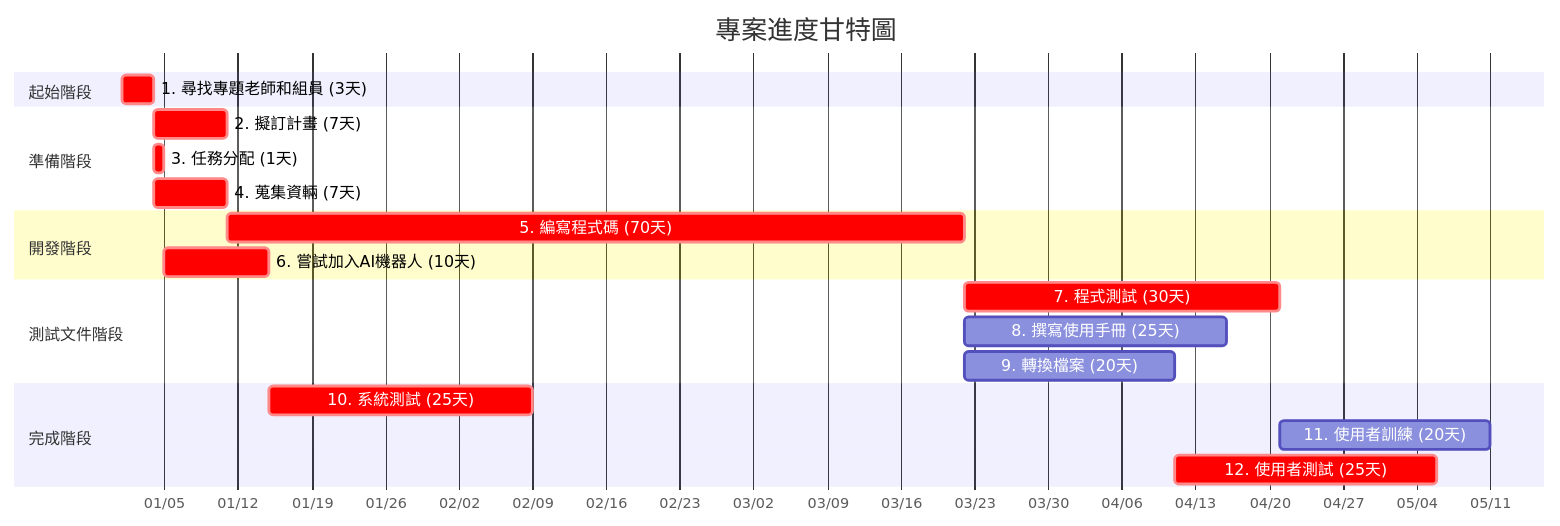
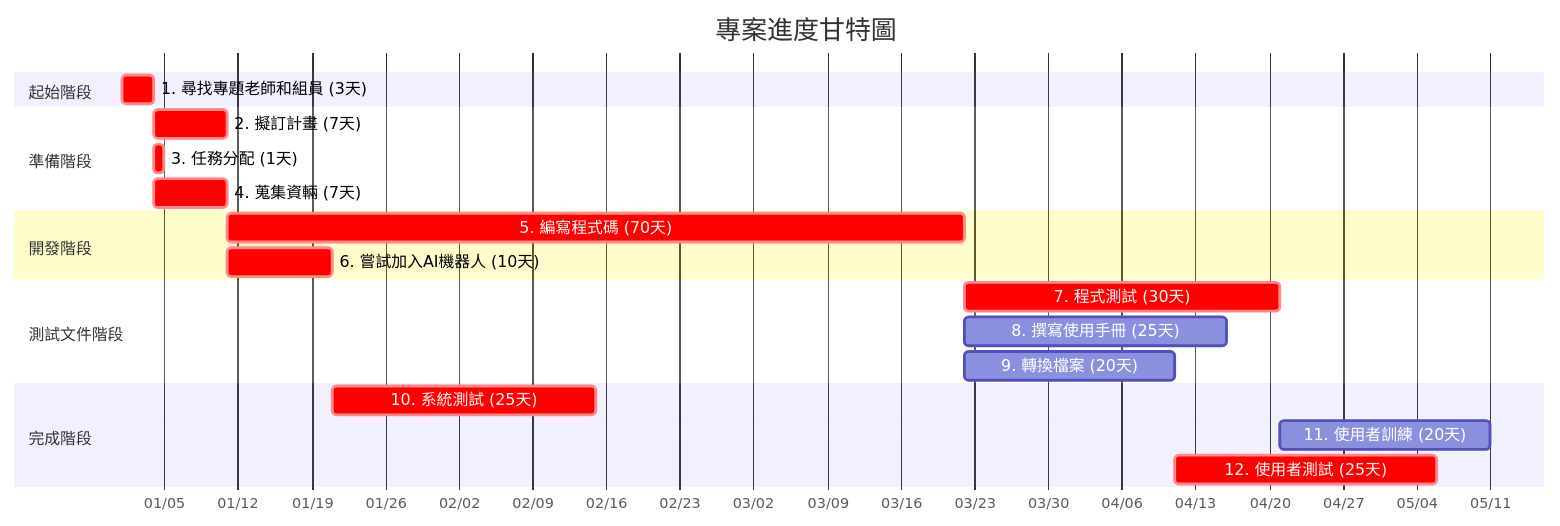
One commit to c112118202-droid/- changed the second of 3 diagrams in hw2.md. Above: the diagram before and after it, drawn with Mermaid.

````diff
--- a/hw2.md
+++ b/hw2.md
@@ -28,28 +28,28 @@
 ```mermaid
 gantt
     title 專案進度甘特圖
     dateFormat YYYY-MM-DD
     axisFormat %m/%d
     
     section 起始階段
     1. 尋找專題老師和組員 (3天)     :crit, m1, 2025-01-01, 3d
     
     section 準備階段
     2. 擬訂計畫 (7天)     :crit, m2, after m1, 7d
     3. 任務分配 (1天)    :crit, m3, after m1, 1d
     4. 蒐集資輛 (7天)    :crit, m4, after m1, 7d
 
     section 開發階段
     5. 編寫程式碼 (70天)    :crit, m5, after m2, 70d
-    6. 嘗試加入AI機器人 (10天)    :crit, m6, after m3, 10d
+    6. 嘗試加入AI機器人 (10天)    :crit, m6, after m4, 10d
     
     section 測試文件階段
     7. 程式測試 (30天)    :crit, m7, after m5, 30d
     8. 撰寫使用手冊 (25天) :m8, after m5, 25d
     9. 轉換檔案 (20天)     :m9, after m5, 20d
     
     section 完成階段
     10. 系統測試 (25天)    :crit, m10, after m6, 25d
     11. 使用者訓練 (20天)  :m11, after m7 m8, 20d
     12. 使用者測試 (25天)  :crit, m12, after m9 m10, 25d
 ```
````
